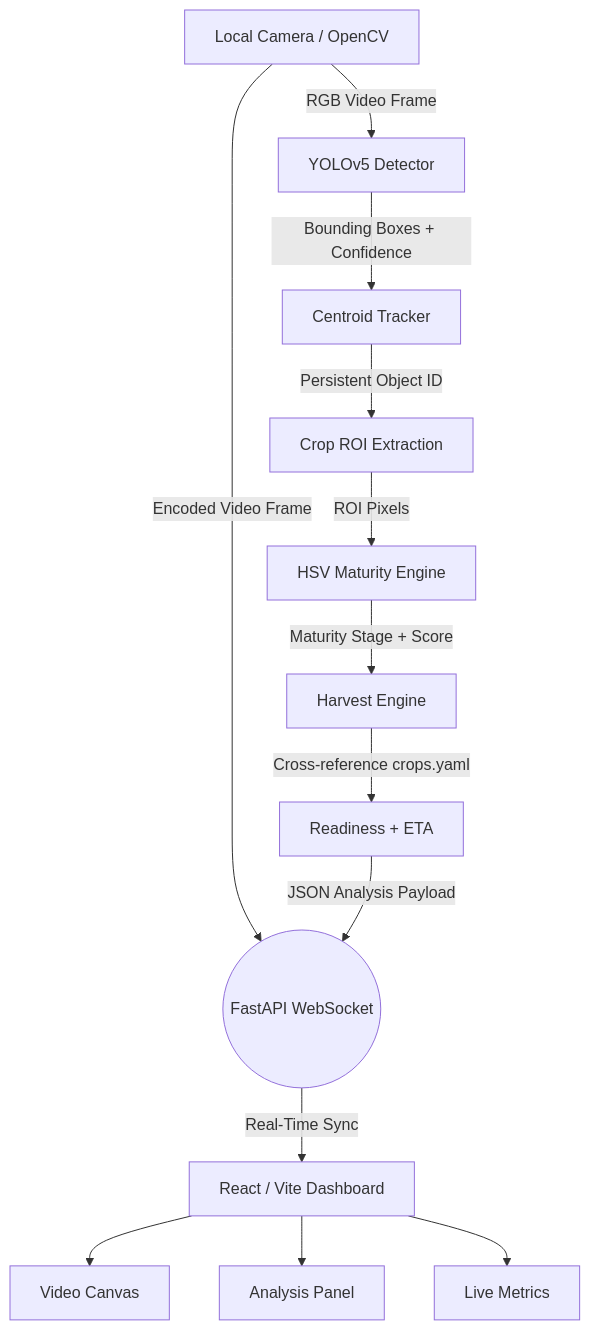
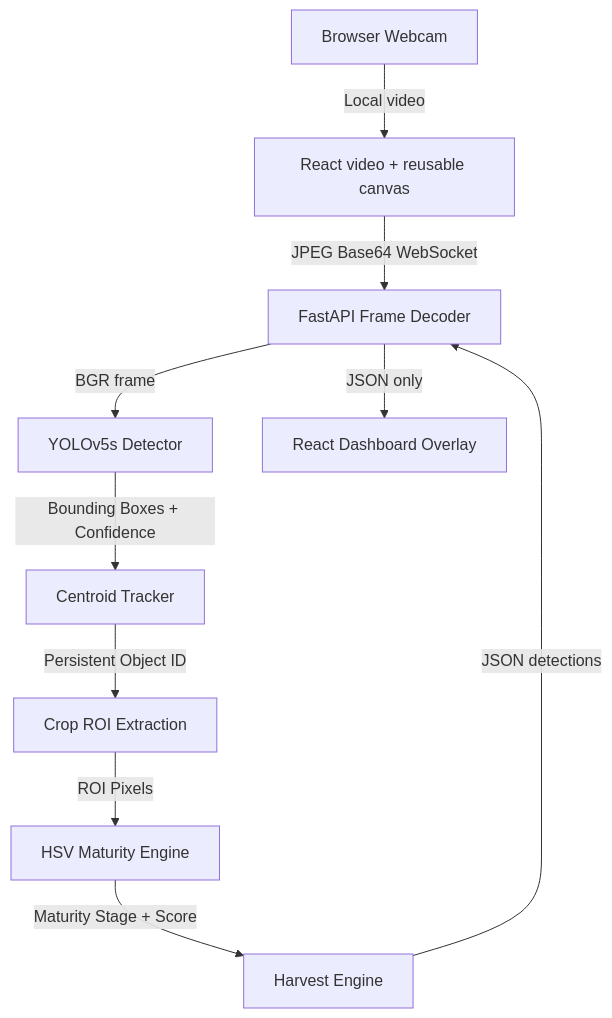
Before and after one commit to malikfidahussain-coder/AI_Crop_Maturity: the diagram in README.md, drawn with Mermaid. The commit also changed other lines of this file and 11 other files, not shown here.

Commit message:
Cloud Ready Architecture

````diff
--- a/README.md
+++ b/README.md
@@ -37,27 +38,13 @@
 ```mermaid
 graph TD
 
-    A[Local Camera / OpenCV] -->|RGB Video Frame| B[YOLOv5 Detector]
-
-    B -->|Bounding Boxes + Confidence| C[Centroid Tracker]
-
-    C -->|Persistent Object ID| D[Crop ROI Extraction]
-
-    D -->|ROI Pixels| E[HSV Maturity Engine]
-
-    E -->|Maturity Stage + Score| F[Harvest Engine]
-
-    F -->|Cross-reference crops.yaml| G[Readiness + ETA]
-
-    A -->|Encoded Video Frame| H((FastAPI WebSocket))
-
-    G -->|JSON Analysis Payload| H
-
-    H -->|Real-Time Sync| I[React / Vite Dashboard]
-
-    I --> J[Video Canvas]
-
-    I --> K[Analysis Panel]
-
-    I --> L[Live Metrics]
+    A[Browser Webcam] -->|Local video| B[React video + reusable canvas]
+    B -->|JPEG Base64 WebSocket| C[FastAPI Frame Decoder]
+    C -->|BGR frame| D[YOLOv5s Detector]
+    D -->|Bounding Boxes + Confidence| E[Centroid Tracker]
+    E -->|Persistent Object ID| F[Crop ROI Extraction]
+    F -->|ROI Pixels| G[HSV Maturity Engine]
+    G -->|Maturity Stage + Score| H[Harvest Engine]
+    H -->|JSON detections| C
+    C -->|JSON only| I[React Dashboard Overlay]
 ```
````
